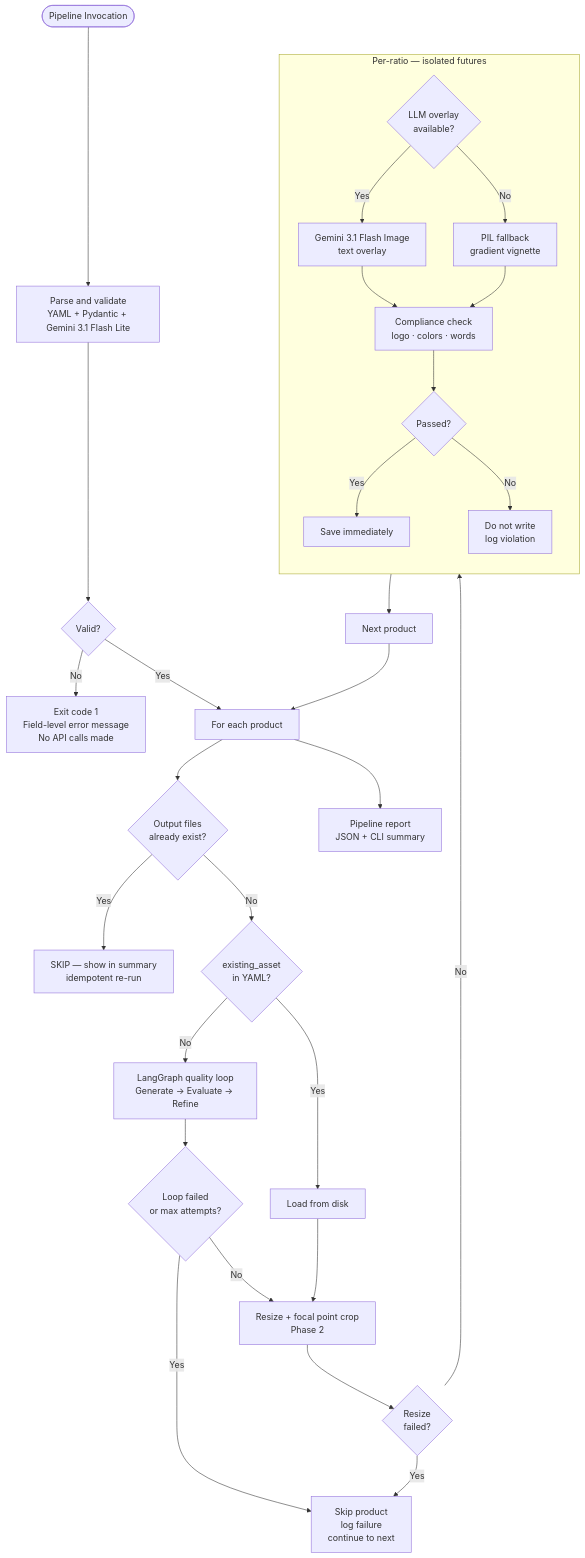
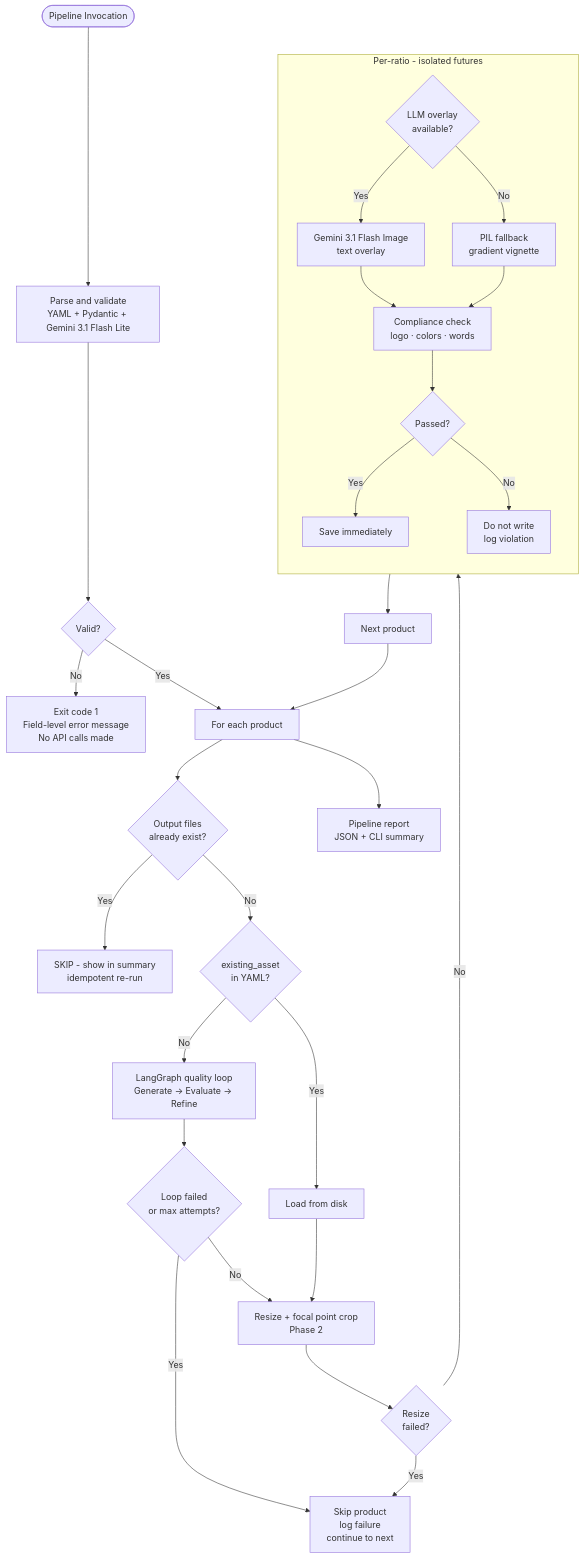
Before and after one commit to ishween/SocialCampaignGenAI: the diagram in FAILURE_MODES.md, drawn with Mermaid. The commit also changed other lines of this file and 5 other files, not shown here.

````diff
--- a/FAILURE_MODES.md
+++ b/FAILURE_MODES.md
@@ -17,39 +17,39 @@
 ```mermaid
 flowchart TD
     START([Pipeline Invocation]) --> PARSE[Parse and validate\nYAML + Pydantic + Gemini 3.1 Flash Lite]
     PARSE --> VALID{Valid?}
     VALID -- No --> EXIT1[Exit code 1\nField-level error message\nNo API calls made]
     VALID -- Yes --> PRODUCT[For each product]
 
     PRODUCT --> IDEM{Output files\nalready exist?}
-    IDEM -- Yes --> SKIP[SKIP — show in summary\nidempotent re-run]
+    IDEM -- Yes --> SKIP[SKIP - show in summary\nidempotent re-run]
     IDEM -- No --> ASSET{existing_asset\nin YAML?}
 
     ASSET -- Yes --> LOAD[Load from disk]
     ASSET -- No --> QLOOP[LangGraph quality loop\nGenerate → Evaluate → Refine]
 
     QLOOP --> QFAIL{Loop failed\nor max attempts?}
     QFAIL -- Yes --> SKIPPRODUCT[Skip product\nlog failure\ncontinue to next]
     QFAIL -- No --> RESIZE
 
     LOAD --> RESIZE[Resize + focal point crop\nPhase 2]
     RESIZE --> RFAIL{Resize\nfailed?}
     RFAIL -- Yes --> SKIPPRODUCT
     RFAIL -- No --> RATIOS[Per-ratio in parallel\nThreadPoolExecutor]
 
-    subgraph RATIOS[Per-ratio — isolated futures]
+    subgraph RATIOS[Per-ratio - isolated futures]
         direction TB
         OVR{LLM overlay\navailable?}
         OVR -- Yes --> LLM[Gemini 3.1 Flash Image\ntext overlay]
         OVR -- No --> PIL[PIL fallback\ngradient vignette]
         LLM --> COMPLY[Compliance check\nlogo · colors · words]
         PIL --> COMPLY
         COMPLY --> CPASS{Passed?}
         CPASS -- Yes --> SAVE[Save immediately]
         CPASS -- No --> NWRITE[Do not write\nlog violation]
     end
 
     RATIOS --> NEXT[Next product]
     NEXT --> PRODUCT
     PRODUCT --> REPORT[Pipeline report\nJSON + CLI summary]
 ```
````
